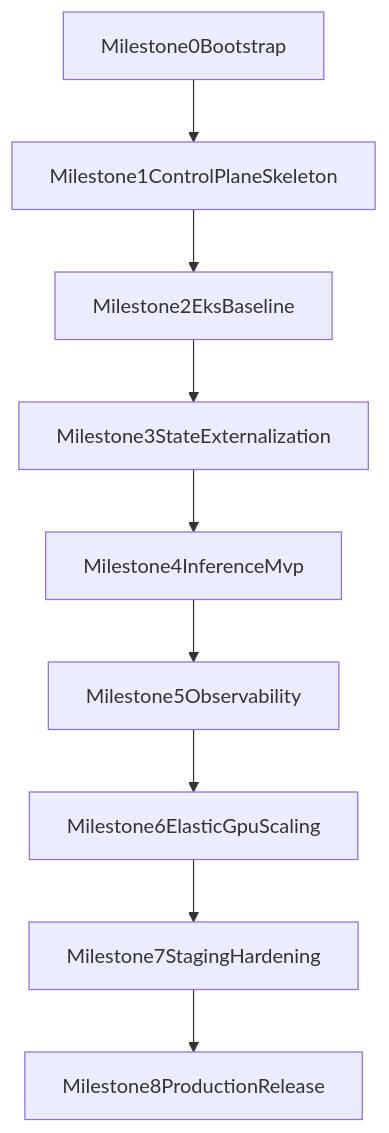
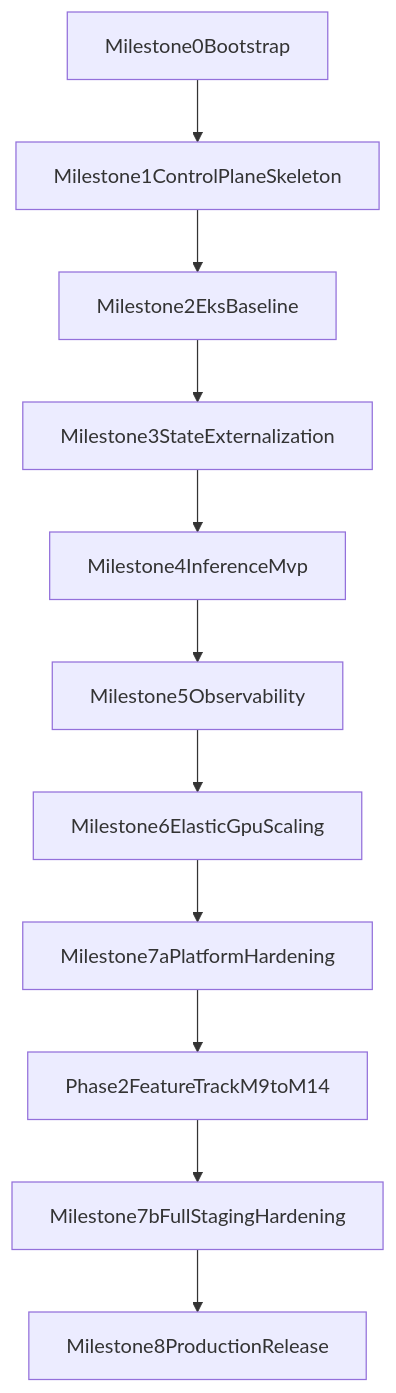
One commit to GetFinops/private-ai-workspace-eks changed the diagram in docs/10-delivery-roadmap.md. Above: the diagram before and after it, drawn with Mermaid. The commit also changed other lines of this file and 11 other files, not shown here.

````diff
--- a/docs/10-delivery-roadmap.md
+++ b/docs/10-delivery-roadmap.md
@@ -279,11 +338,13 @@
 ```mermaid
 flowchart TD
     M0[Milestone0Bootstrap] --> M1[Milestone1ControlPlaneSkeleton]
     M1 --> M2[Milestone2EksBaseline]
     M2 --> M3[Milestone3StateExternalization]
     M3 --> M4[Milestone4InferenceMvp]
     M4 --> M5[Milestone5Observability]
     M5 --> M6[Milestone6ElasticGpuScaling]
-    M6 --> M7[Milestone7StagingHardening]
-    M7 --> M8[Milestone8ProductionRelease]
+    M6 --> M7a[Milestone7aPlatformHardening]
+    M7a --> Phase2[Phase2FeatureTrackM9toM14]
+    Phase2 --> M7b[Milestone7bFullStagingHardening]
+    M7b --> M8[Milestone8ProductionRelease]
 ```
````
